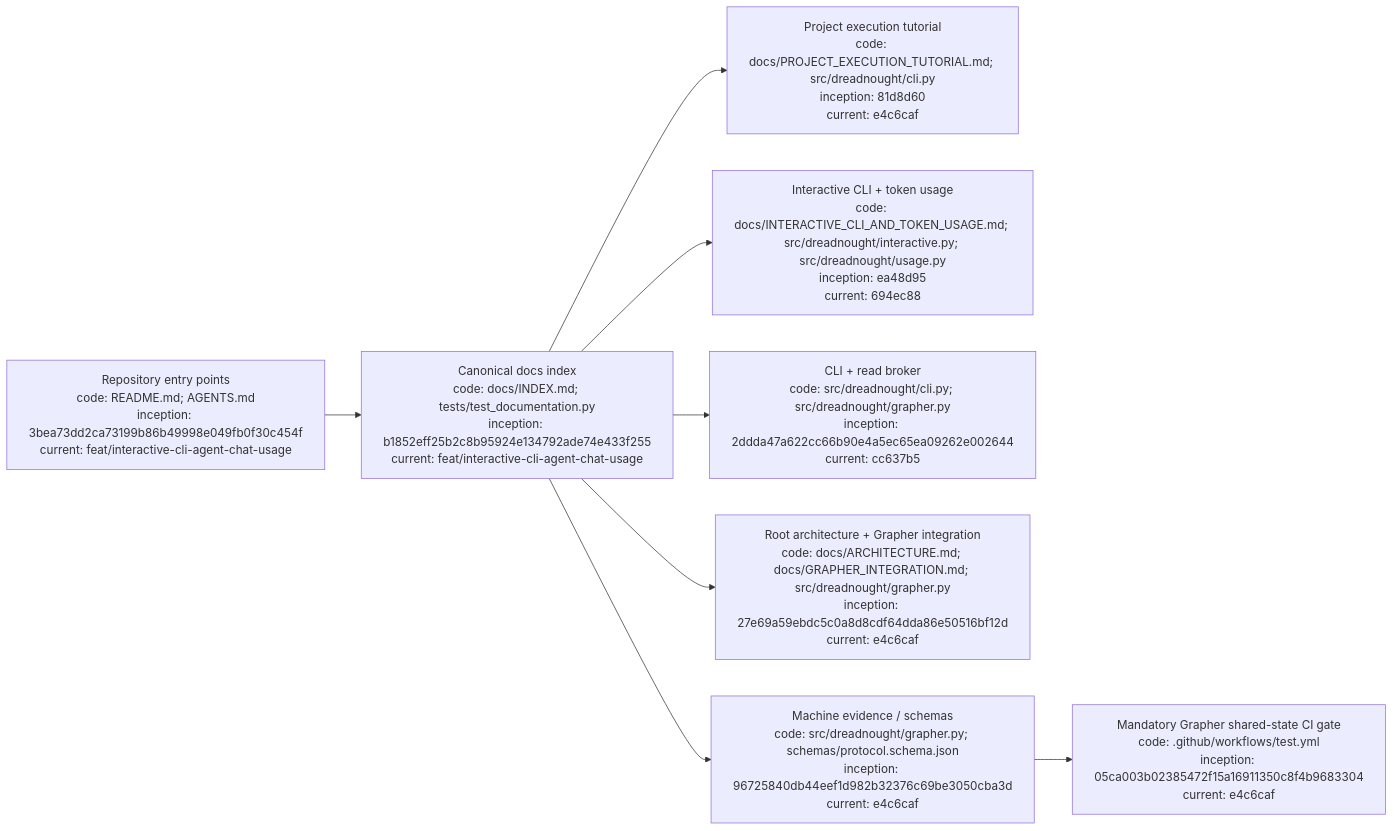
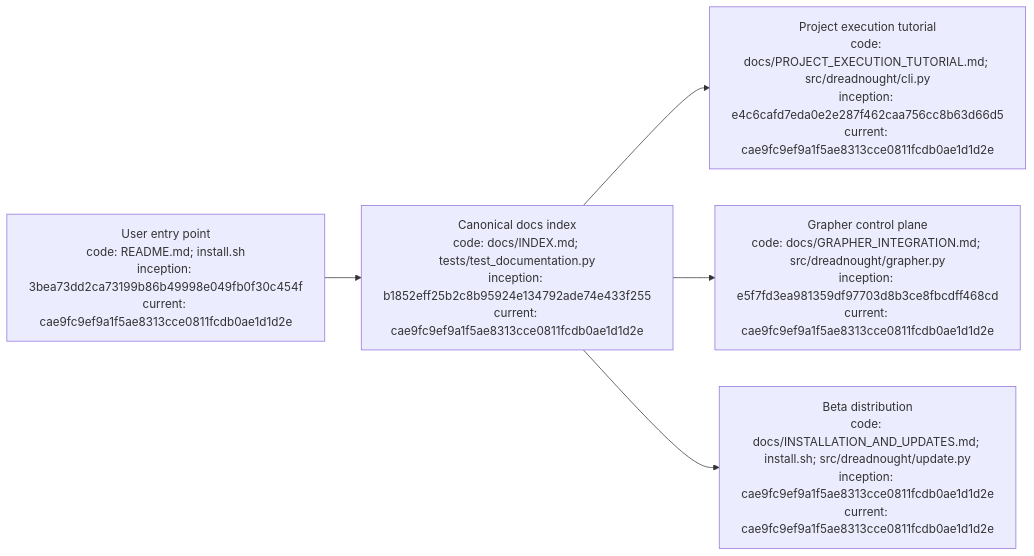
The diagram in docs/INDEX.md (seanbman/dreadnought), drawn with Mermaid before and after one commit. The commit also changed other lines of this file and 5 other files, not shown here.

First line of the commit message:
Reconcile beta documentation and user entry points

````diff
--- a/docs/INDEX.md
+++ b/docs/INDEX.md
@@ -64,10 +62,7 @@
 ```mermaid
 flowchart LR
-    R["Repository entry points\ncode: README.md; AGENTS.md\ninception: 3bea73dd2ca73199b86b49998e049fb0f30c454f\ncurrent: feat/interactive-cli-agent-chat-usage"] --> I["Canonical docs index\ncode: docs/INDEX.md; tests/test_documentation.py\ninception: b1852eff25b2c8b95924e134792ade74e433f255\ncurrent: feat/interactive-cli-agent-chat-usage"]
-    I --> T["Project execution tutorial\ncode: docs/PROJECT_EXECUTION_TUTORIAL.md; src/dreadnought/cli.py\ninception: 81d8d60\ncurrent: e4c6caf"]
-    I --> U["Interactive CLI + token usage\ncode: docs/INTERACTIVE_CLI_AND_TOKEN_USAGE.md; src/dreadnought/interactive.py; src/dreadnought/usage.py\ninception: ea48d95\ncurrent: 694ec88"]
-    I --> C["CLI + read broker\ncode: src/dreadnought/cli.py; src/dreadnought/grapher.py\ninception: 2ddda47a622cc66b90e4a5ec65ea09262e002644\ncurrent: cc637b5"]
-    I --> A["Root architecture + Grapher integration\ncode: docs/ARCHITECTURE.md; docs/GRAPHER_INTEGRATION.md; src/dreadnought/grapher.py\ninception: 27e69a59ebdc5c0a8d8cdf64dda86e50516bf12d\ncurrent: e4c6caf"]
-    I --> P["Machine evidence / schemas\ncode: src/dreadnought/grapher.py; schemas/protocol.schema.json\ninception: 96725840db44eef1d982b32376c69be3050cba3d\ncurrent: e4c6caf"]
-    P --> G["Mandatory Grapher shared-state CI gate\ncode: .github/workflows/test.yml\ninception: 05ca003b02385472f15a16911350c8f4b9683304\ncurrent: e4c6caf"]
+    R["User entry point\ncode: README.md; install.sh\ninception: 3bea73dd2ca73199b86b49998e049fb0f30c454f\ncurrent: cae9fc9ef9a1f5ae8313cce0811fcdb0ae1d1d2e"] --> I["Canonical docs index\ncode: docs/INDEX.md; tests/test_documentation.py\ninception: b1852eff25b2c8b95924e134792ade74e433f255\ncurrent: cae9fc9ef9a1f5ae8313cce0811fcdb0ae1d1d2e"]
+    I --> T["Project execution tutorial\ncode: docs/PROJECT_EXECUTION_TUTORIAL.md; src/dreadnought/cli.py\ninception: e4c6cafd7eda0e2e287f462caa756cc8b63d66d5\ncurrent: cae9fc9ef9a1f5ae8313cce0811fcdb0ae1d1d2e"]
+    I --> G["Grapher control plane\ncode: docs/GRAPHER_INTEGRATION.md; src/dreadnought/grapher.py\ninception: e5f7fd3ea981359df97703d8b3ce8fbcdff468cd\ncurrent: cae9fc9ef9a1f5ae8313cce0811fcdb0ae1d1d2e"]
+    I --> B["Beta distribution\ncode: docs/INSTALLATION_AND_UPDATES.md; install.sh; src/dreadnought/update.py\ninception: cae9fc9ef9a1f5ae8313cce0811fcdb0ae1d1d2e\ncurrent: cae9fc9ef9a1f5ae8313cce0811fcdb0ae1d1d2e"]
 ```
````
